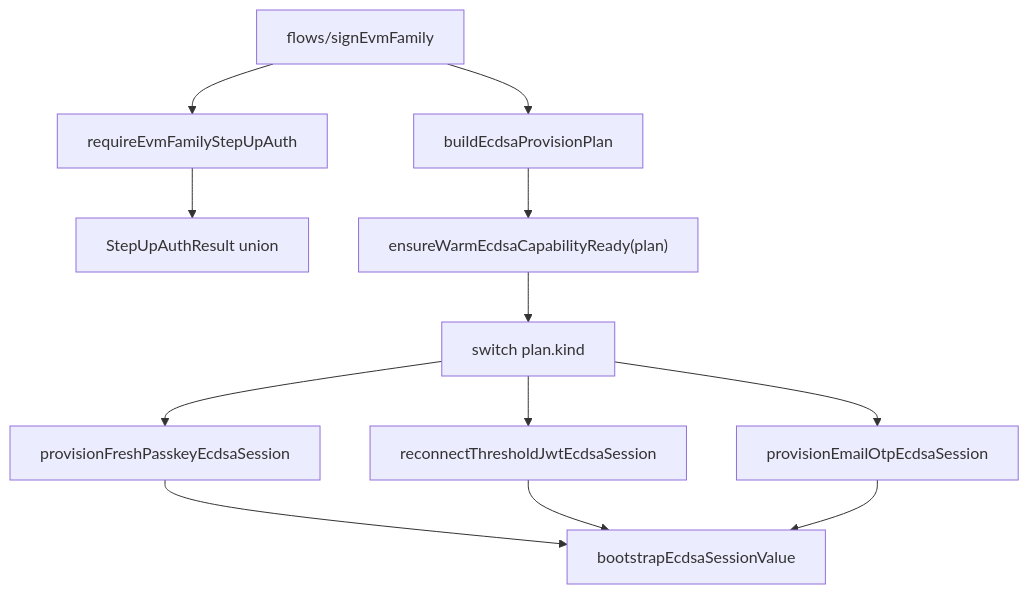
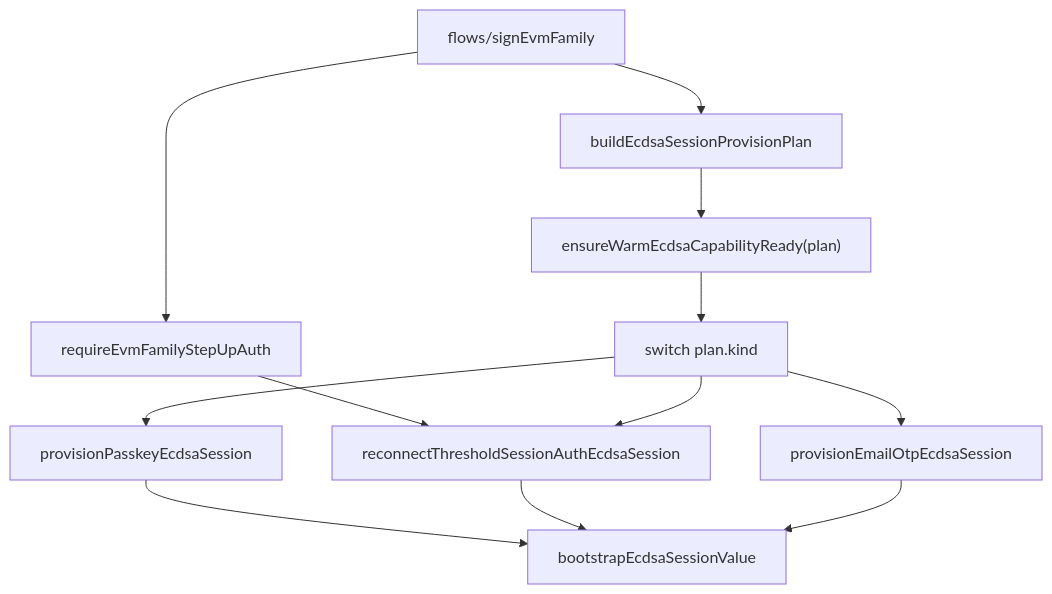
One commit to seams-tech/seams-sdk changed the diagram in docs/refactor-36.md. Above: the diagram before and after it, drawn with Mermaid. The commit also changed other lines of this file and 7 other files, not shown here.

````diff
--- a/docs/refactor-36.md
+++ b/docs/refactor-36.md
@@ -393,14 +484,14 @@
 ```mermaid
 flowchart TD
   FLOW["flows/signEvmFamily"] --> STEPUP["requireEvmFamilyStepUpAuth"]
   STEPUP --> AUTH["StepUpAuthResult union"]
-  FLOW --> PLAN["buildEcdsaProvisionPlan"]
+  FLOW --> PLAN["buildEcdsaSessionProvisionPlan"]
   PLAN --> WARM["ensureWarmEcdsaCapabilityReady(plan)"]
   WARM --> SWITCH["switch plan.kind"]
-  SWITCH --> PASSKEY["provisionFreshPasskeyEcdsaSession"]
-  SWITCH --> JWT["reconnectThresholdJwtEcdsaSession"]
+  SWITCH --> PASSKEY["provisionPasskeyEcdsaSession"]
+  SWITCH --> AUTH["reconnectThresholdSessionAuthEcdsaSession"]
   SWITCH --> OTP["provisionEmailOtpEcdsaSession"]
   PASSKEY --> BOOT["bootstrapEcdsaSessionValue"]
-  JWT --> BOOT
+  AUTH --> BOOT
   OTP --> BOOT
 ```
````
